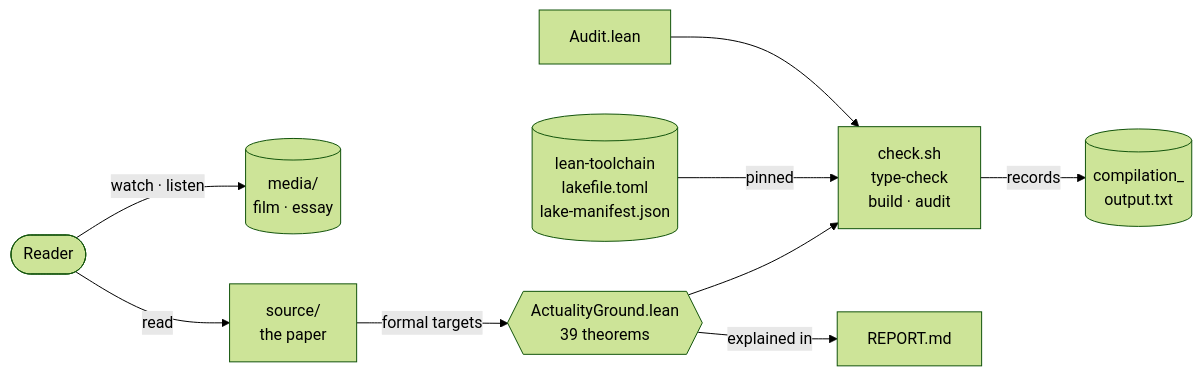
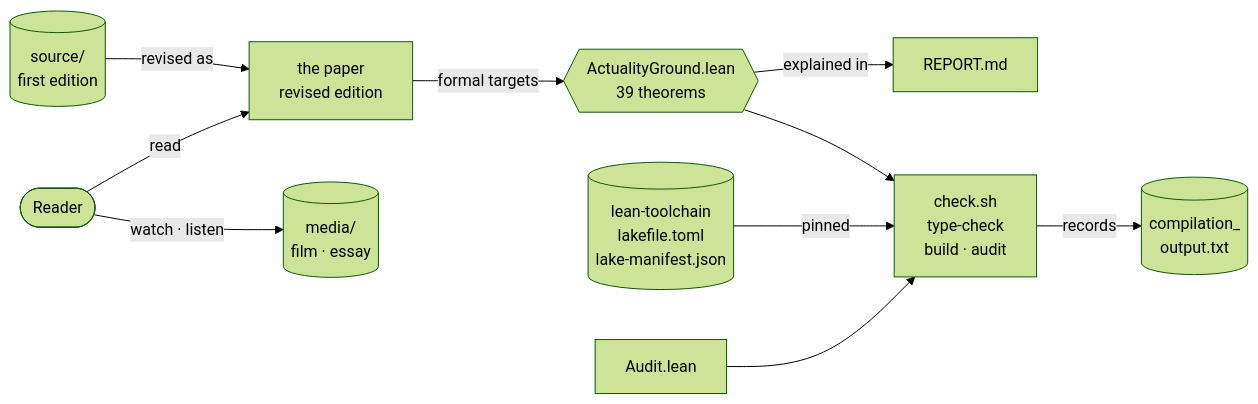
One commit to ekoshv/actuality-and-necessary-ground-lean4 changed the fourth of 6 diagrams in README.md. Above: the diagram before and after it, drawn with Mermaid (forest theme). The commit also changed other lines of this file and 3 other files, not shown here.

````diff
--- a/README.md
+++ b/README.md
@@ -270,11 +270,12 @@
 ```mermaid
 flowchart LR
     Reader([Reader]) -->|"watch · listen"| Media[("media/<br/>film · essay")]
-    Reader -->|read| Paper["source/<br/>the paper"]
+    Reader -->|read| Paper["the paper<br/>revised edition"]
+    Orig[("source/<br/>first edition")] -->|"revised as"| Paper
     Paper -->|"formal targets"| Lean{{"ActualityGround.lean<br/>39 theorems"}}
     Lean --> Check["check.sh<br/>type-check<br/>build · audit"]
     Pins[("lean-toolchain<br/>lakefile.toml<br/>lake-manifest.json")] -->|pinned| Check
     Audit["Audit.lean"] --> Check
     Check -->|records| Log[("compilation_<br/>output.txt")]
     Lean -->|"explained in"| Report["REPORT.md"]
 ```
````
